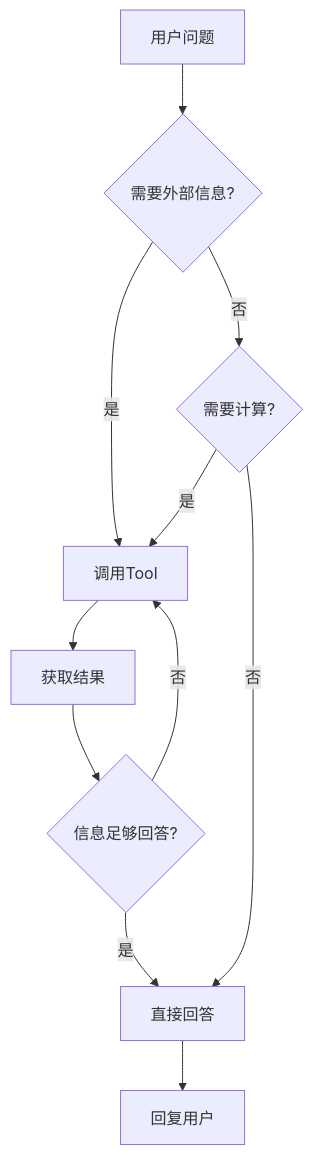
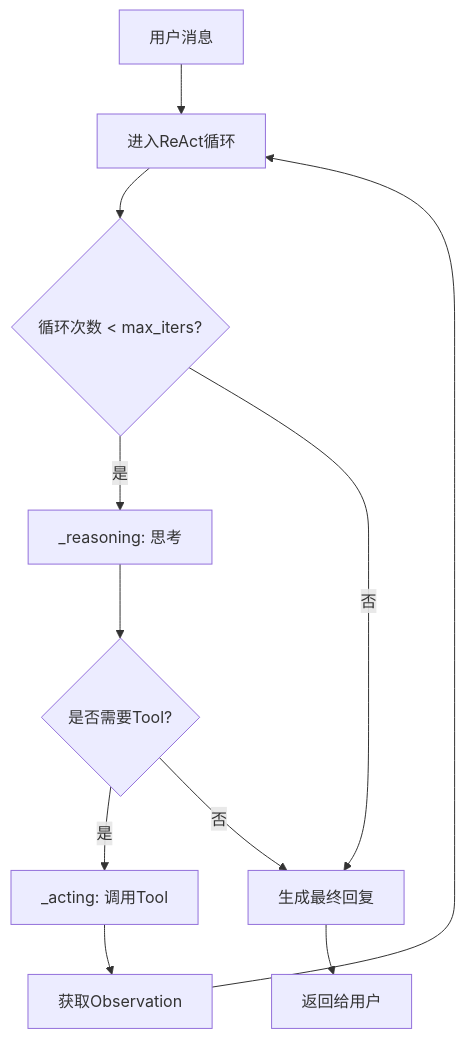
The second of 3 diagrams in teaching/book/practice/station3_agent_brain/3-1_how_react_agent_works.md (agentscope-ai/agentscope), drawn with Mermaid before and after one commit. The commit also changed other lines of this file and 31 other files, not shown here.

````diff
--- a/teaching/book/practice/station3_agent_brain/3-1_how_react_agent_works.md
+++ b/teaching/book/practice/station3_agent_brain/3-1_how_react_agent_works.md
@@ -138,13 +339,18 @@
 ```mermaid
 flowchart TD
-    A[用户问题] --> B{需要外部信息?}
-    B -->|是| C[调用Tool]
-    B -->|否| D{需要计算?}
-    D -->|是| C
-    D -->|否| E[直接回答]
-    C --> F[获取结果]
-    F --> G{信息足够回答?}
-    G -->|是| E
-    G -->|否| C
-    E --> H[回复用户]
+    A[用户消息] --> B[进入ReAct循环]
+
+    B --> C{循环次数 < max_iters?}
+
+    C -->|是| D[_reasoning: 思考]
+    D --> E{是否需要Tool?}
+
+    E -->|是| F[_acting: 调用Tool]
+    F --> G[获取Observation]
+    G --> B
+
+    E -->|否| H[生成最终回复]
+    C -->|否| H
+
+    H --> I[返回给用户]
 ```
````
